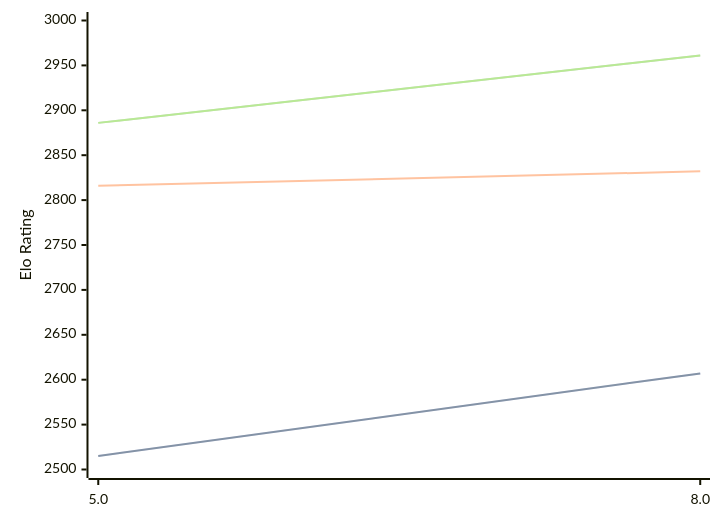
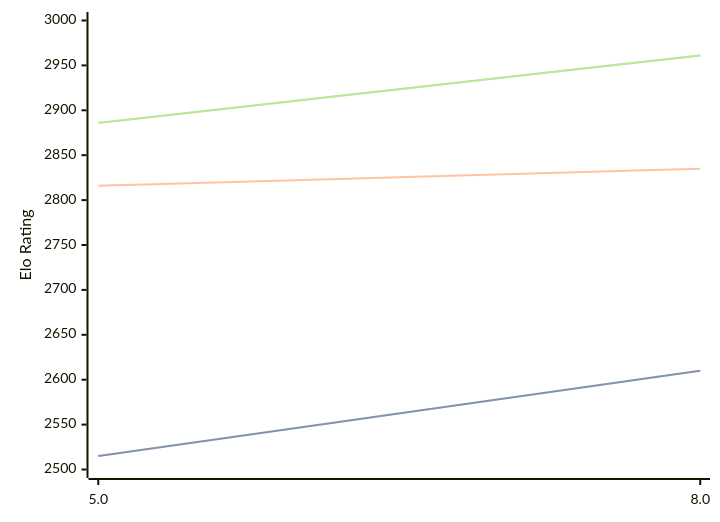
One commit to computer-chess-index/cci changed the diagram in engines/4kc.md. Above: the diagram before and after it, drawn with Mermaid. The commit also changed other lines of this file, not shown here.

Commit message:
Update CCI Ratings (ELO VLTC) - 2026-04-04

````diff
--- a/engines/4kc.md
+++ b/engines/4kc.md
@@ -41,11 +41,11 @@
 ```mermaid
 %%{init: {"theme":"base","themeVariables":{"seriesColors:['#a3a3a3','#222221','#faa371']}}}%%
 xychart-beta
   x-axis ["5.0", "8.0"]
   y-axis "Elo Rating" 2500 --> 3000
-  line "STC (8.0+0.08s)" [2515, 2607]
-  line "STC (8.0+0.08s)" [2515, 2607]
-  line "LTC (60.0+0.60s)" [2816, 2832]
+  line "STC (8.0+0.08s)" [2515, 2610]
+  line "STC (8.0+0.08s)" [2515, 2610]
+  line "LTC (60.0+0.60s)" [2816, 2835]
   line "VLTC (2m24s+1.12s)" [2886, 2961]
   line "VLTC (2m24s+1.12s)" [2886, 2961]
 ```
````
